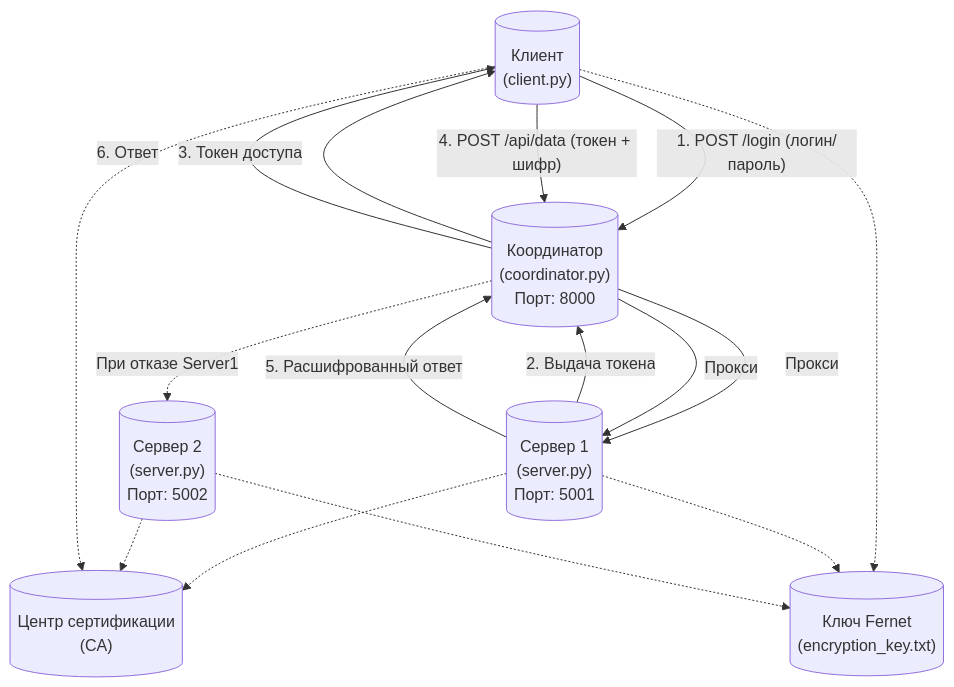
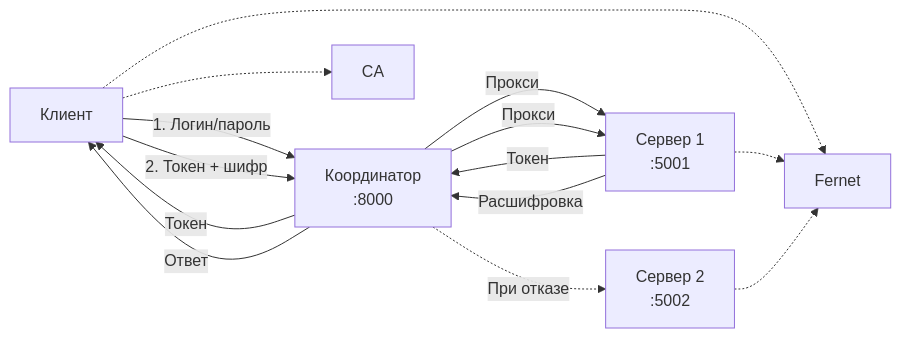
The diagram in lab_04/lab_04.md (ChumakovOA/distributed-systems), drawn with Mermaid before and after one commit.

````diff
--- a/lab_04/lab_04.md
+++ b/lab_04/lab_04.md
@@ -25,35 +25,18 @@
 ```mermaid
-flowchart TB
-    Client[("Клиент<br/>(client.py)")]
+flowchart LR
+    Client[Клиент] -->|1. Логин/пароль| Coord[Координатор<br/>:8000]
+    Coord -->|Прокси| Server1[Сервер 1<br/>:5001]
+    Server1 -->|Токен| Coord
+    Coord -->|Токен| Client
 
-    Coord[("Координатор<br/>(coordinator.py)<br/>Порт: 8000")]
+    Client -->|2. Токен + шифр| Coord
+    Coord -->|Прокси| Server1
+    Server1 -->|Расшифровка| Coord
+    Coord -->|Ответ| Client
 
-    Server1[("Сервер 1<br/>(server.py)<br/>Порт: 5001")]
-    Server2[("Сервер 2<br/>(server.py)<br/>Порт: 5002")]
-
-    CA[("Центр сертификации<br/>(CA)")]
-    Fernet[("Ключ Fernet<br/>(encryption_key.txt)")]
-
-    %% Этап 1: Получение токена
-    Client -->|"1. POST /login (логин/пароль)"| Coord
-    Coord -->|"Прокси"| Server1
-    Server1 -->|"2. Выдача токена"| Coord
-    Coord -->|"3. Токен доступа"| Client
-
-    %% Этап 2: Отправка данных
-    Client -->|"4. POST /api/data (токен + шифр)"| Coord
-    Coord -->|"Прокси"| Server1
-    Server1 -->|"5. Расшифрованный ответ"| Coord
-    Coord -->|"6. Ответ"| Client
-
-    %% Отказоустойчивость
-    Coord -.->|"При отказе Server1"| Server2
-
-    %% Безопасность
-    Server1 -.-> CA
-    Server2 -.-> CA
+    Coord -.->|При отказе| Server2[Сервер 2<br/>:5002]
     Client -.-> CA
     Client -.-> Fernet
     Server1 -.-> Fernet
     Server2 -.-> Fernet
 ```
````
